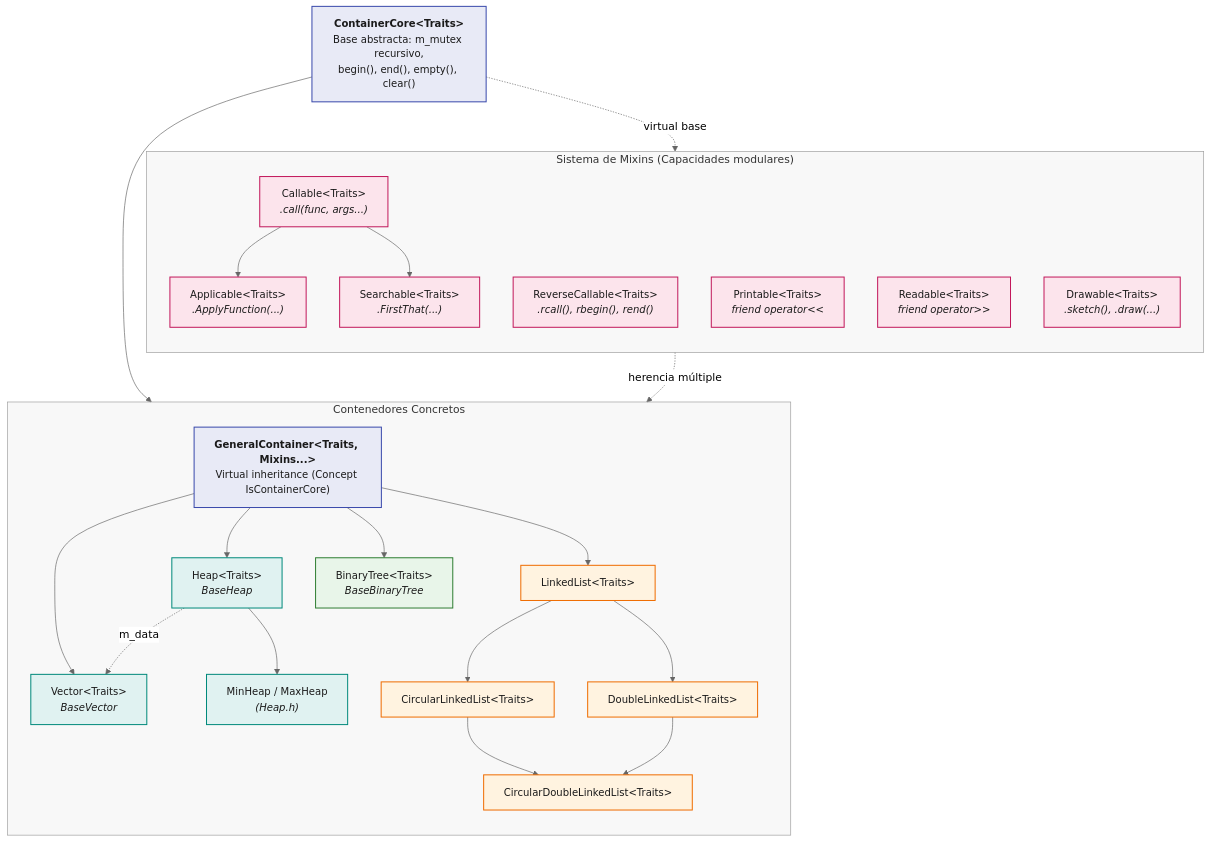
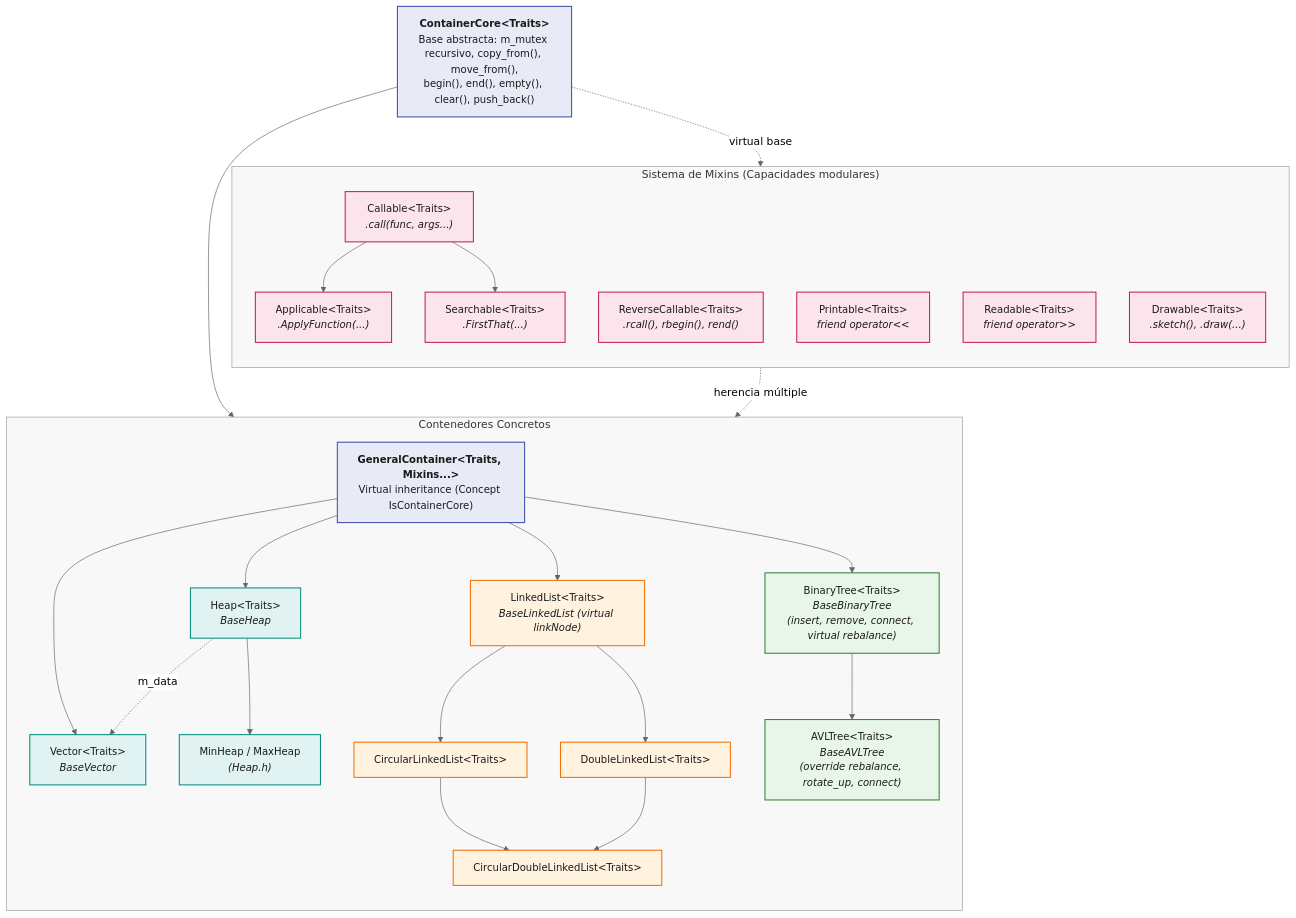
The second of 8 diagrams in README.md (AldoLunaBueno/2026-II-CS-UNI-CC0E5-AEDAv), drawn with Mermaid (neutral theme) before and after one commit. The commit also changed other lines of this file, not shown here.

````diff
--- a/README.md
+++ b/README.md
@@ -40,67 +40,70 @@
 ```mermaid
 flowchart TB
-    CC["<b>ContainerCore#lt;Traits#gt;</b><br/>Base abstracta: m_mutex recursivo,<br/>begin(), end(), empty(), clear()"]
+    CC["<b>ContainerCore#lt;Traits#gt;</b><br/>Base abstracta: m_mutex recursivo, copy_from(), move_from(),<br/>begin(), end(), empty(), clear(), push_back()"]
 
     subgraph MIX["Sistema de Mixins (Capacidades modulares)"]
         direction TB
         CAL["Callable#lt;Traits#gt;<br/><i>.call(func, args...)</i>"]
         APP["Applicable#lt;Traits#gt;<br/><i>.ApplyFunction(...)</i>"]
         SEA["Searchable#lt;Traits#gt;<br/><i>.FirstThat(...)</i>"]
         RCAL["ReverseCallable#lt;Traits#gt;<br/><i>.rcall(), rbegin(), rend()</i>"]
         PRI["Printable#lt;Traits#gt;<br/><i>friend operator#lt;#lt;</i>"]
         REA["Readable#lt;Traits#gt;<br/><i>friend operator#gt;#gt;</i>"]
         DRW["Drawable#lt;Traits#gt;<br/><i>.sketch(), .draw(...)</i>"]
 
         CAL --> APP
         CAL --> SEA
     end
 
     GC["<b>GeneralContainer#lt;Traits, Mixins...#gt;</b><br/>Virtual inheritance (Concept IsContainerCore)"]
 
     CC --> GC
     CC -. "virtual base" .-> MIX
     MIX -. "herencia múltiple" .-> GC
 
     subgraph CONT_STRUCT["Contenedores Concretos"]
         direction TB
         V["Vector#lt;Traits#gt;<br/><i>BaseVector</i>"]
         
         H["Heap#lt;Traits#gt;<br/><i>BaseHeap</i>"]
         MH["MinHeap / MaxHeap<br/><i>(Heap.h)</i>"]
         
-        LL["LinkedList#lt;Traits#gt;"]
+        LL["LinkedList#lt;Traits#gt;<br/><i>BaseLinkedList (virtual linkNode)</i>"]
         LC["CircularLinkedList#lt;Traits#gt;"]
         LDE["DoubleLinkedList#lt;Traits#gt;"]
         LDEC["CircularDoubleLinkedList#lt;Traits#gt;"]
         
-        BT["BinaryTree#lt;Traits#gt;<br/><i>BaseBinaryTree</i>"]
+        BT["BinaryTree#lt;Traits#gt;<br/><i>BaseBinaryTree<br/>(insert, remove, connect, virtual rebalance)</i>"]
+        AVL["AVLTree#lt;Traits#gt;<br/><i>BaseAVLTree<br/>(override rebalance, rotate_up, connect)</i>"]
 
         GC --> V
         GC --> H
         GC --> LL
         GC --> BT
 
         H --> MH
         H -. "m_data" .-> V
 
         LL --> LC
         LL --> LDE
         LC --> LDEC
         LDE --> LDEC
+
+        BT --> AVL
     end
 
     classDef base fill:#E8EAF6,stroke:#3949AB,color:#1A1A1A,stroke-width:1.5px,font-size:15px;
     classDef mixin fill:#FCE4EC,stroke:#C2185B,color:#1A1A1A,stroke-width:1.5px,font-size:15px;
     classDef vec fill:#E0F2F1,stroke:#00897B,color:#1A1A1A,stroke-width:1.5px,font-size:15px;
     classDef lista fill:#FFF3E0,stroke:#EF6C00,color:#1A1A1A,stroke-width:1.5px,font-size:15px;
     classDef arbol fill:#E8F5E9,stroke:#2E7D32,color:#1A1A1A,stroke-width:1.5px,font-size:15px;
 
     class CC,GC base
     class CAL,APP,SEA,RCAL,PRI,REA,DRW mixin
     class V,H,MH vec
     class LL,LC,LDE,LDEC lista
-    class BT arbol
+    class BT,AVL arbol
 
     style MIX fill:#8080800F,stroke:#9E9E9E,stroke-width:1px
     style CONT_STRUCT fill:#8080800F,stroke:#9E9E9E,stroke-width:1px
 ```
````
